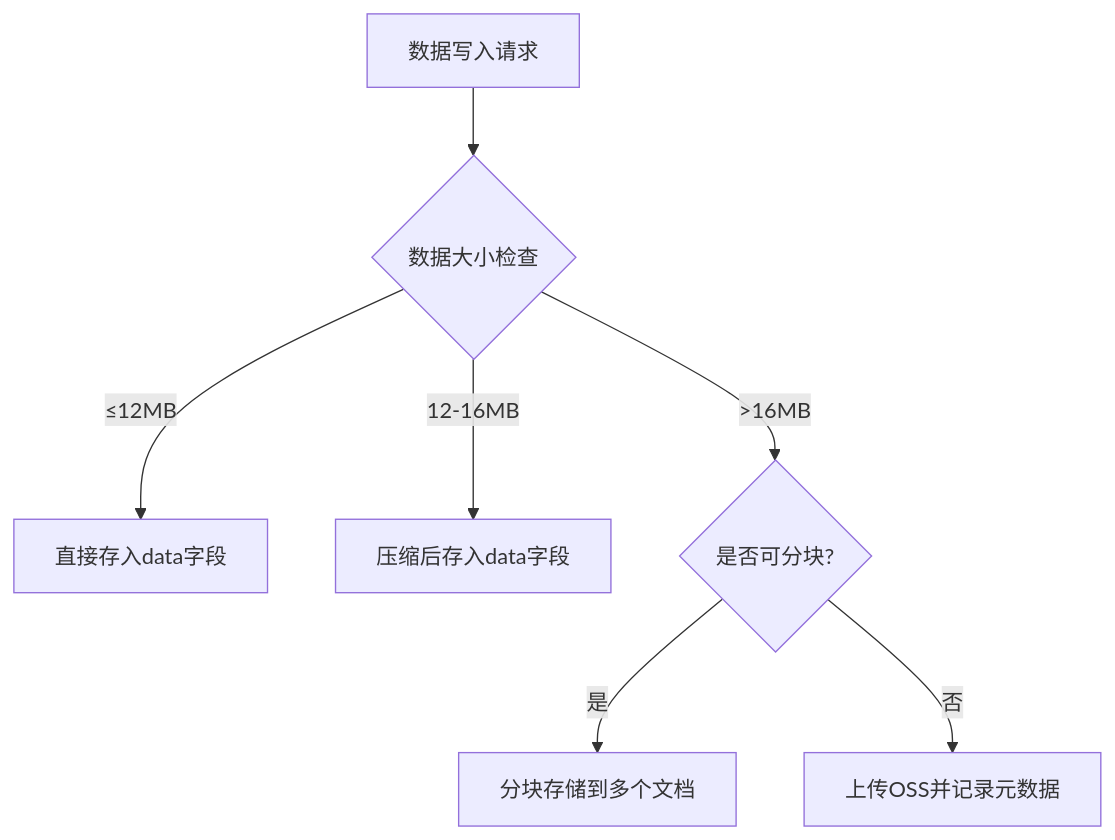
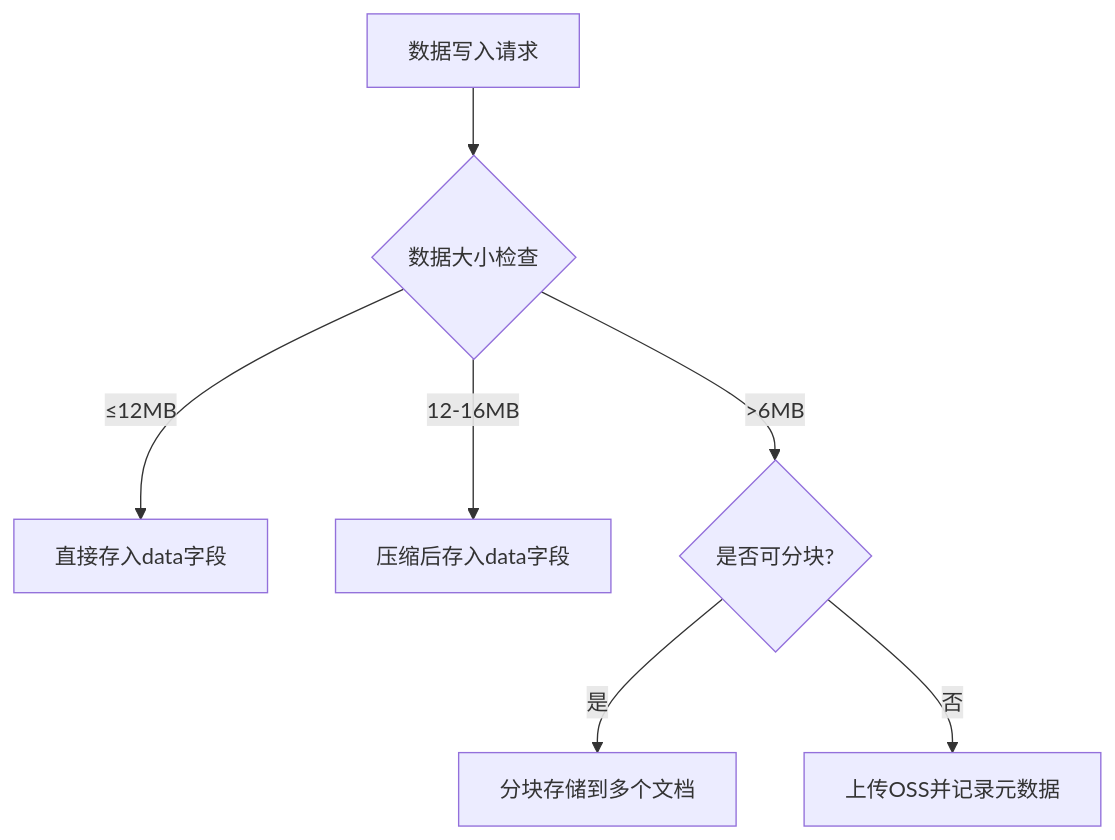
The diagram in all/未命名-24.md (yingjianzh/iodraw-files), drawn with Mermaid before and after one commit.

Commit message:
2025-02-24 12:00:03 update

````diff
--- a/all/未命名-24.md
+++ b/all/未命名-24.md
@@ -1,9 +1,9 @@
 ```mermaid
 graph TD
     A[数据写入请求] --> B{数据大小检查}
     B -->|≤12MB| C[直接存入data字段]
     B -->|12-16MB| D[压缩后存入data字段]
-    B -->|>16MB| E{是否可分块?}
+    B -->|>6MB| E{是否可分块?}
     E -->|是| F[分块存储到多个文档]
     E -->|否| G[上传OSS并记录元数据]
 ```
````
